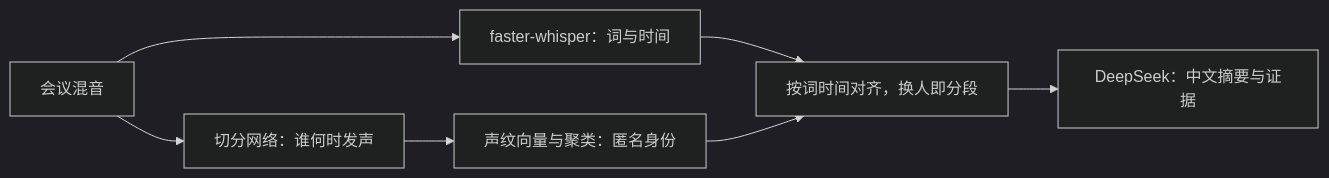
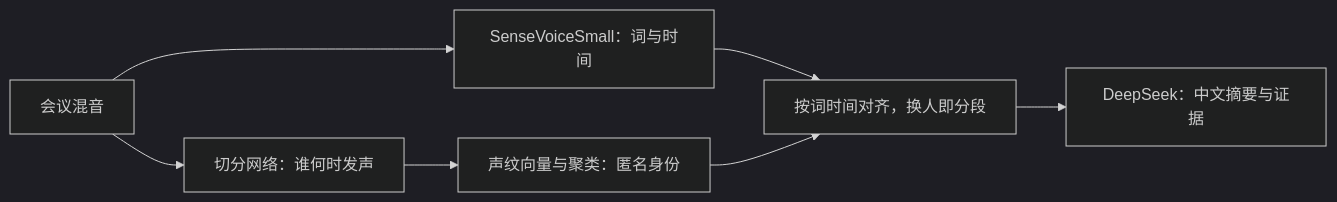
One commit to Duanqihuai/Meeting-Summary changed the diagram in meeting_summary/docs/04_路线一说话人增强.md. Above: the diagram before and after it, drawn with Mermaid (dark theme). The commit also changed other lines of this file and 16 other files, not shown here.

Commit message:
Switch default ASR to SenseVoiceSmall

````diff
--- a/meeting_summary/docs/04_路线一说话人增强.md
+++ b/meeting_summary/docs/04_路线一说话人增强.md
@@ -7,9 +7,9 @@
 ```mermaid
 flowchart LR
-    A[会议混音] --> B[faster-whisper：词与时间]
+    A[会议混音] --> B[SenseVoiceSmall：词与时间]
     A --> C[切分网络：谁何时发声]
     C --> D[声纹向量与聚类：匿名身份]
     B --> E[按词时间对齐，换人即分段]
     D --> E
     E --> F[DeepSeek：中文摘要与证据]
 ```
````
